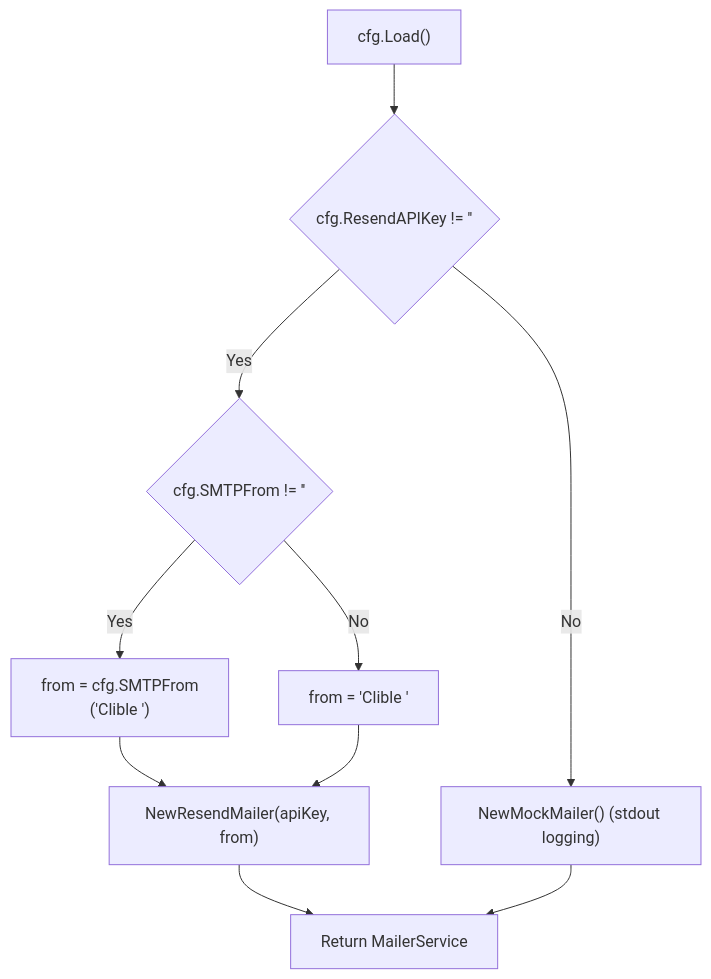
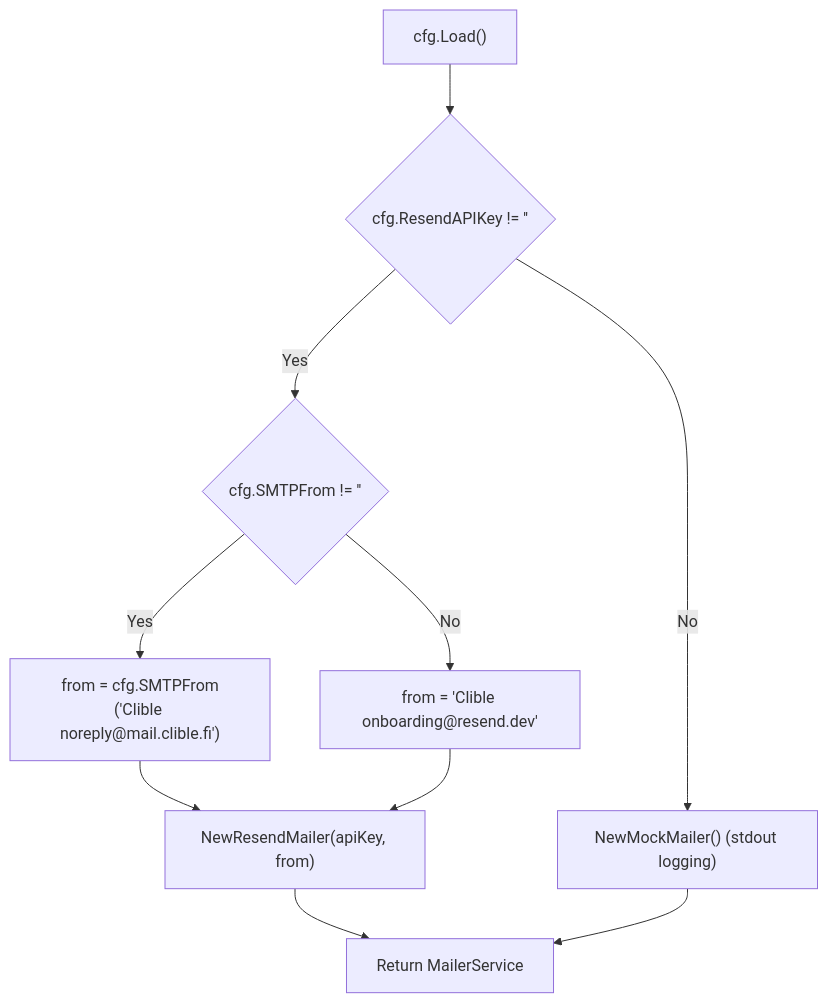
One commit to mvirtai/clible-v3-go changed the second of 2 diagrams in pr_stories/076-feat-resend-mailer-integration.md. Above: the diagram before and after it, drawn with Mermaid. The commit also changed other lines of this file, not shown here.

Commit message:
docs(docs): refactor react 19.2 architectural analysis in pr story

````diff
--- a/pr_stories/076-feat-resend-mailer-integration.md
+++ b/pr_stories/076-feat-resend-mailer-integration.md
@@ -56,13 +56,13 @@
 ```mermaid
 flowchart TD
     Start["cfg.Load()"] --> CheckResend{"cfg.ResendAPIKey != ''"}
     CheckResend -->|"Yes"| ResolveSender{"cfg.SMTPFrom != ''"}
-    ResolveSender -->|"Yes"| UseCustomSender["from = cfg.SMTPFrom<br/>('Clible <noreply@mail.clible.fi>')"]
-    ResolveSender -->|"No"| UseDefaultSender["from = 'Clible <onboarding@resend.dev>'"]
+    ResolveSender -->|"Yes"| UseCustomSender["from = cfg.SMTPFrom<br/>('Clible noreply@mail.clible.fi')"]
+    ResolveSender -->|"No"| UseDefaultSender["from = 'Clible onboarding@resend.dev'"]
     UseCustomSender --> InitResend["NewResendMailer(apiKey, from)"]
     UseDefaultSender --> InitResend
     InitResend --> ReturnService["Return MailerService"]
 
     CheckResend -->|"No"| FallbackMock["NewMockMailer() (stdout logging)"]
     FallbackMock --> ReturnService
 ```
````
